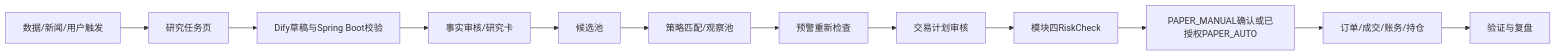
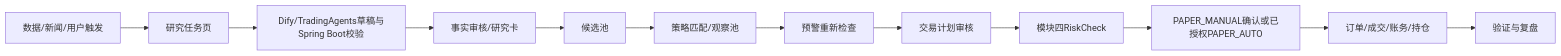
One commit to shaoqf2350/quant changed the third of 8 diagrams in doc/详设文档/详设_5_用户界面与系统支撑详细设计方案.md. Above: the diagram before and after it, drawn with Mermaid. The commit also changed other lines of this file and 100 other files, not shown here.

````diff
--- a/doc/详设文档/详设_5_用户界面与系统支撑详细设计方案.md
+++ b/doc/详设文档/详设_5_用户界面与系统支撑详细设计方案.md
@@ -562,14 +569,14 @@
 ```mermaid
 flowchart LR
   A[数据/新闻/用户触发] --> B[研究任务页]
-  B --> C[Dify草稿与Spring Boot校验]
+  B --> C[Dify/TradingAgents草稿与Spring Boot校验]
   C --> D[事实审核/研究卡]
   D --> E[候选池]
   E --> F[策略匹配/观察池]
   F --> G[预警重新检查]
   G --> H[交易计划审核]
   H --> I[模块四RiskCheck]
   I --> J[PAPER_MANUAL确认或已授权PAPER_AUTO]
   J --> K[订单/成交/账务/持仓]
   K --> L[验证与复盘]
 ```
````
